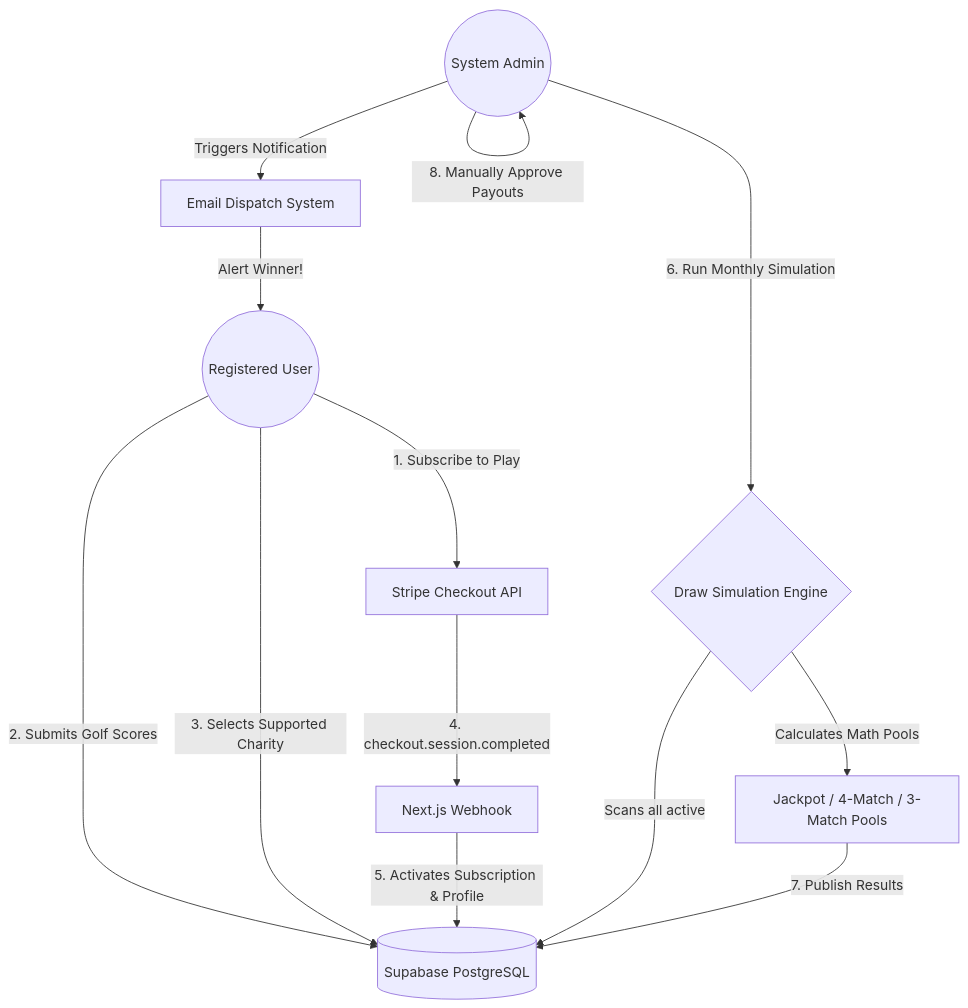
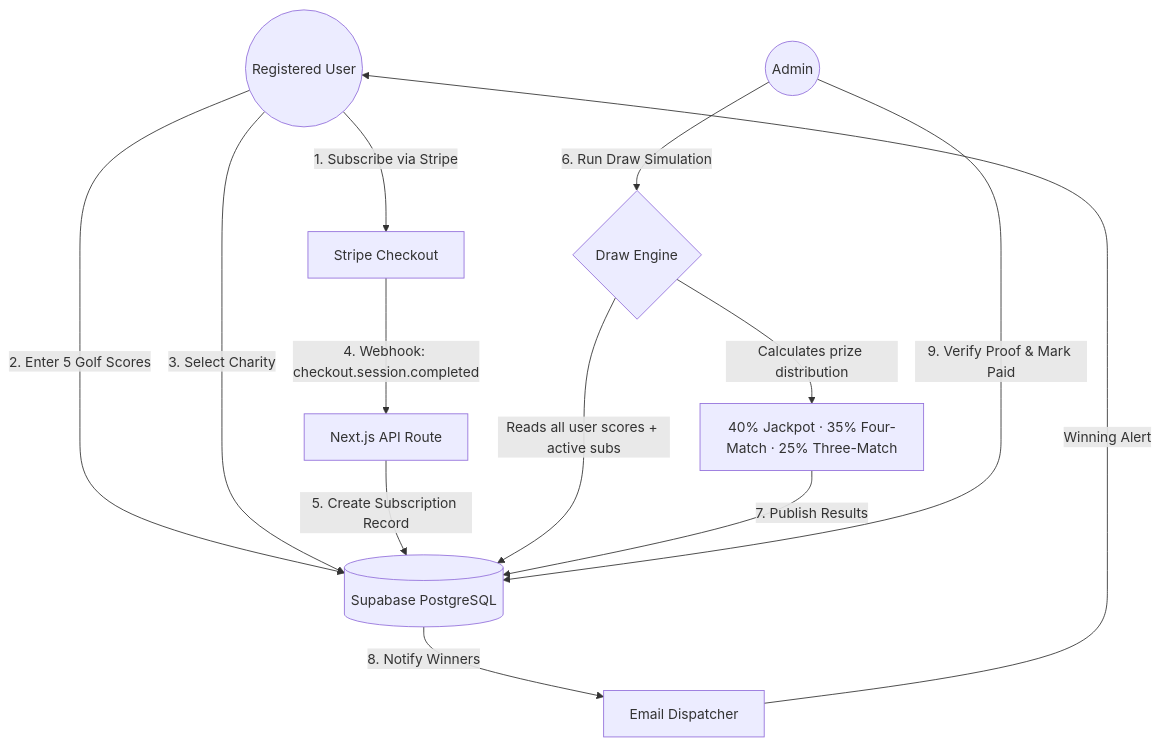
The diagram in README.md (Kalpavruksha/par4charity), drawn with Mermaid before and after one commit. The commit also changed other lines of this file, not shown here.

````diff
--- a/README.md
+++ b/README.md
@@ -19,22 +33,19 @@
 ```mermaid
 graph TD
-    %% User Interactions
-    User((Registered User)) -->|1. Subscribe to Play| Stripe[Stripe Checkout API]
-    User -->|2. Submits Golf Scores| DB[(Supabase PostgreSQL)]
-    User -->|3. Selects Supported Charity| DB
-    
-    %% Backend Webhook
-    Stripe -->|4. checkout.session.completed| Webhook[Next.js Webhook]
-    Webhook -->|5. Activates Subscription & Profile| DB
-    
-    %% Admin System & Draw Engine
-    Admin((System Admin)) -->|6. Run Monthly Simulation| Engine{Draw Simulation Engine}
-    Engine -->|Scans all active| DB
-    Engine -->|Calculates Math Pools| Math[Jackpot / 4-Match / 3-Match Pools]
-    
-    %% Publishing Results
-    Math -->|7. Publish Results| DB
-    Admin -->|8. Manually Approve Payouts| Admin
-    Admin -->|Triggers Notification| Email[Email Dispatch System]
-    Email -->|Alert Winner!| User
+    User((Registered User)) -->|1. Subscribe via Stripe| Stripe[Stripe Checkout]
+    User -->|2. Enter 5 Golf Scores| DB[(Supabase PostgreSQL)]
+    User -->|3. Select Charity| DB
+
+    Stripe -->|4. Webhook: checkout.session.completed| Webhook[Next.js API Route]
+    Webhook -->|5. Create Subscription Record| DB
+
+    Admin((Admin)) -->|6. Run Draw Simulation| Engine{Draw Engine}
+    Engine -->|Reads all user scores + active subs| DB
+    Engine -->|Calculates prize distribution| Pools[40% Jackpot · 35% Four-Match · 25% Three-Match]
+
+    Pools -->|7. Publish Results| DB
+    DB -->|8. Notify Winners| Email[Email Dispatcher]
+    Email -->|Winning Alert| User
+
+    Admin -->|9. Verify Proof & Mark Paid| DB
 ```
````
